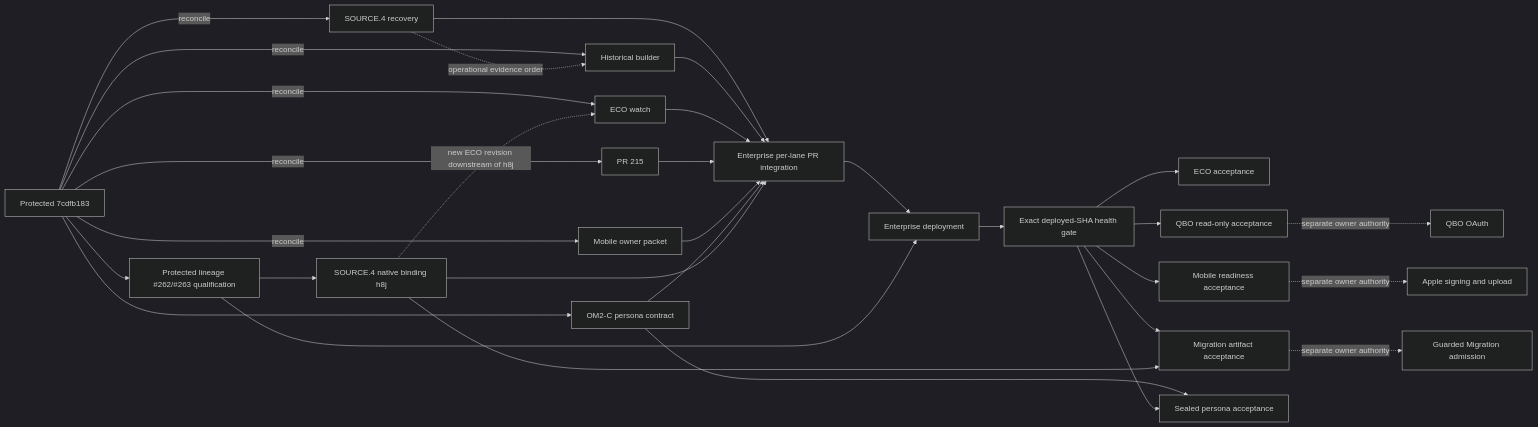
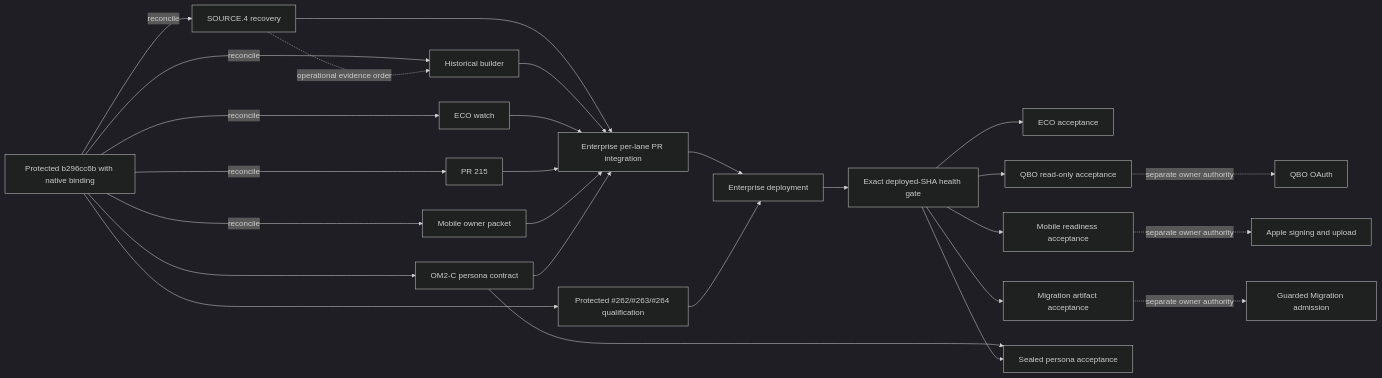
The diagram in docs/operations/launch-20260911/om1-enterprise-integration-queue-current.md (ACPEnterprise/ACP-Enterprise), drawn with Mermaid (dark theme) before and after one commit. The commit also changed other lines of this file, not shown here.

````diff
--- a/docs/operations/launch-20260911/om1-enterprise-integration-queue-current.md
+++ b/docs/operations/launch-20260911/om1-enterprise-integration-queue-current.md
@@ -120,33 +126,29 @@
 ```mermaid
 flowchart LR
-    A[Protected 7cdfb183] -->|reconcile| R[SOURCE.4 recovery]
+    A[Protected b296cc6b with native binding] -->|reconcile| R[SOURCE.4 recovery]
     A --> C[OM2-C persona contract]
-    A --> L[Protected lineage #262/#263 qualification]
-    L --> N[SOURCE.4 native binding h8j]
+    A --> L[Protected #262/#263/#264 qualification]
     A -->|reconcile| B[Historical builder]
     A -->|reconcile| E[ECO watch]
     A -->|reconcile| P[PR 215]
     A -->|reconcile| M[Mobile owner packet]
     R -.->|operational evidence order| B
     R --> I[Enterprise per-lane PR integration]
     B --> I
     E --> I
     P --> I
     M --> I
     C --> I
-    N --> I
-    N -.->|new ECO revision downstream of h8j| E
     I --> D[Enterprise deployment]
     L --> D
     D --> H[Exact deployed-SHA health gate]
     H --> EA[ECO acceptance]
     H --> QA[QBO read-only acceptance]
     H --> MA[Mobile readiness acceptance]
     H --> XA[Migration artifact acceptance]
     C --> PA[Sealed persona acceptance]
     H --> PA
-    N --> XA
     XA -.->|separate owner authority| MG[Guarded Migration admission]
     QA -.->|separate owner authority| QG[QBO OAuth]
     MA -.->|separate owner authority| AG[Apple signing and upload]
 ```
````
